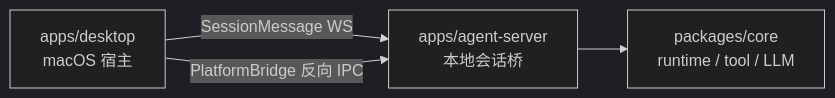
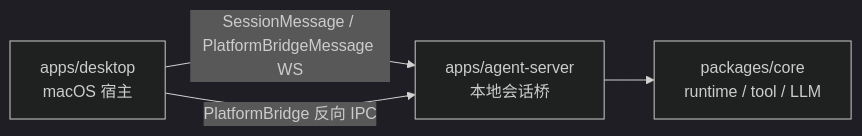
One commit to Lixuhang987/SpotAgent changed the diagram in apps/apps.md. Above: the diagram before and after it, drawn with Mermaid (dark theme). The commit also changed other lines of this file and 18 other files, not shown here.

Commit message:
refactor: split platform bridge protocol

````diff
--- a/apps/apps.md
+++ b/apps/apps.md
@@ -14,6 +14,6 @@
 ```mermaid
 flowchart LR
-  A[apps/desktop<br/>macOS 宿主] -->|SessionMessage WS| B[apps/agent-server<br/>本地会话桥]
+  A[apps/desktop<br/>macOS 宿主] -->|SessionMessage / PlatformBridgeMessage WS| B[apps/agent-server<br/>本地会话桥]
   B --> C[packages/core<br/>runtime / tool / LLM]
   A -->|PlatformBridge 反向 IPC| B
 ```
````
